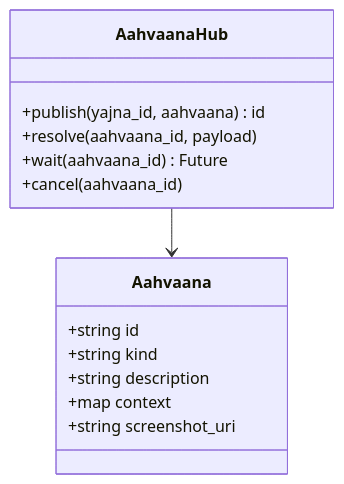
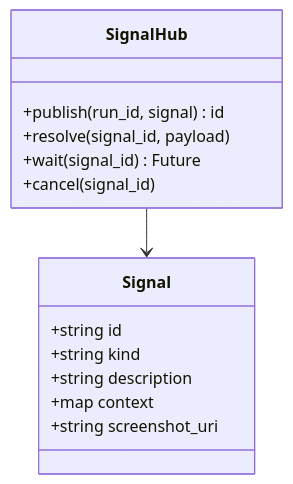
Diagram 11 of 12 in documentation/src/02-LLD.md (so-weak/Aakaar), drawn with Mermaid before and after one commit. The commit also changed other lines of this file and 23 other files, not shown here.

````diff
--- a/documentation/src/02-LLD.md
+++ b/documentation/src/02-LLD.md
@@ -350,17 +362,17 @@
 ```mermaid
 classDiagram
-  class AahvaanaHub {
-    +publish(yajna_id, aahvaana) id
-    +resolve(aahvaana_id, payload)
-    +wait(aahvaana_id) Future
-    +cancel(aahvaana_id)
+  class SignalHub {
+    +publish(run_id, signal) id
+    +resolve(signal_id, payload)
+    +wait(signal_id) Future
+    +cancel(signal_id)
   }
-  class Aahvaana {
+  class Signal {
     +string id
     +string kind
     +string description
     +map context
     +string screenshot_uri
   }
-  AahvaanaHub --> Aahvaana
+  SignalHub --> Signal
 ```
````
